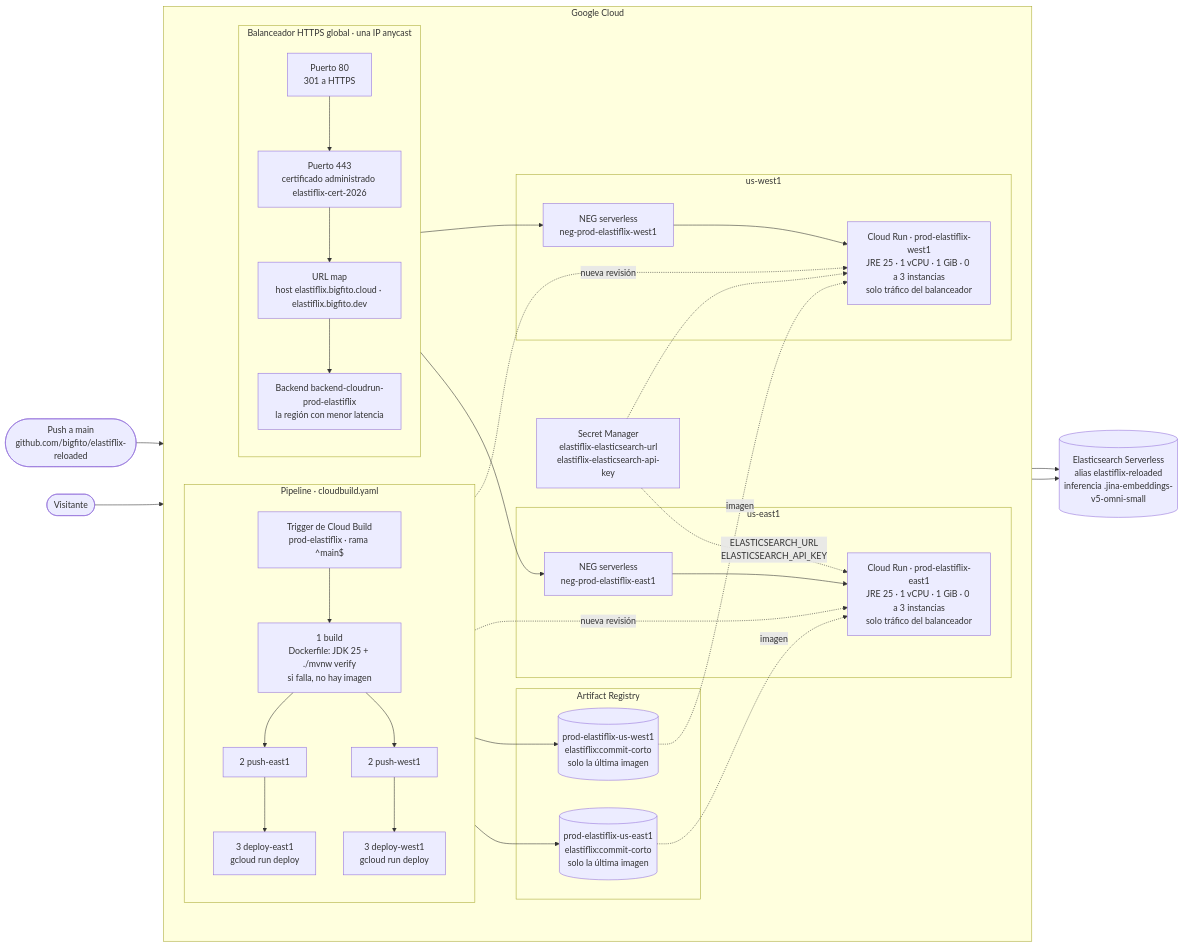
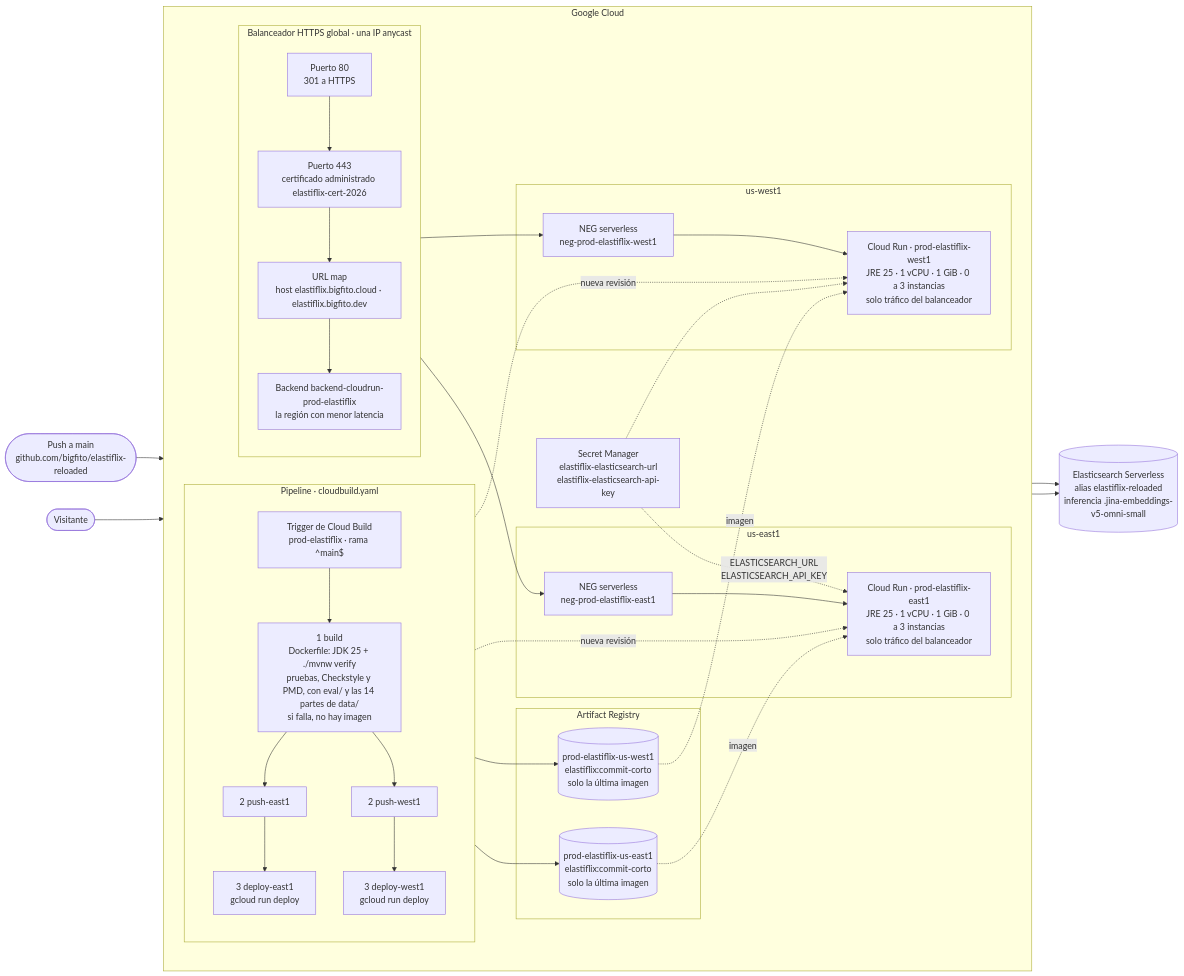
One commit to bigfito/elastiflix-reloaded changed the diagram in docs/despliegue.mermaid. Above: the diagram before and after it, drawn with Mermaid. The commit also changed 41 other files, not shown here.

```diff
--- a/docs/despliegue.mermaid
+++ b/docs/despliegue.mermaid
@@ -1,64 +1,64 @@
 flowchart LR
   dev(["Push a main<br/>github.com/bigfito/elastiflix-reloaded"])
   visitor(["Visitante"])
 
   subgraph gcp["Google Cloud"]
     direction LR
 
     subgraph ci["Pipeline · cloudbuild.yaml"]
       direction TB
       trigger["Trigger de Cloud Build<br/>prod-elastiflix · rama ^main$"]
-      build["1 build<br/>Dockerfile: JDK 25 + ./mvnw verify<br/>si falla, no hay imagen"]
+      build["1 build<br/>Dockerfile: JDK 25 + ./mvnw verify<br/>pruebas, Checkstyle y PMD, con eval/ y las 14 partes de data/<br/>si falla, no hay imagen"]
       pushe["2 push-east1"]
       pushw["2 push-west1"]
       depe["3 deploy-east1<br/>gcloud run deploy"]
       depw["3 deploy-west1<br/>gcloud run deploy"]
       trigger --> build
       build --> pushe --> depe
       build --> pushw --> depw
     end
 
     subgraph registry["Artifact Registry"]
       are[("prod-elastiflix-us-east1<br/>elastiflix:commit-corto<br/>solo la última imagen")]
       arw[("prod-elastiflix-us-west1<br/>elastiflix:commit-corto<br/>solo la última imagen")]
     end
 
     subgraph lb["Balanceador HTTPS global · una IP anycast"]
       direction TB
       http["Puerto 80<br/>301 a HTTPS"]
       https["Puerto 443<br/>certificado administrado elastiflix-cert-2026"]
       urlmap["URL map<br/>host elastiflix.bigfito.cloud · elastiflix.bigfito.dev"]
       backend["Backend backend-cloudrun-prod-elastiflix<br/>la región con menor latencia"]
       http --> https --> urlmap --> backend
     end
 
     subgraph east["us-east1"]
       nege["NEG serverless<br/>neg-prod-elastiflix-east1"]
       cre["Cloud Run · prod-elastiflix-east1<br/>JRE 25 · 1 vCPU · 1 GiB · 0 a 3 instancias<br/>solo tráfico del balanceador"]
     end
 
     subgraph west["us-west1"]
       negw["NEG serverless<br/>neg-prod-elastiflix-west1"]
       crw["Cloud Run · prod-elastiflix-west1<br/>JRE 25 · 1 vCPU · 1 GiB · 0 a 3 instancias<br/>solo tráfico del balanceador"]
     end
 
     secrets["Secret Manager<br/>elastiflix-elasticsearch-url<br/>elastiflix-elasticsearch-api-key"]
   end
 
   es[("Elasticsearch Serverless<br/>alias elastiflix-reloaded<br/>inferencia .jina-embeddings-v5-omni-small")]
 
   dev --> trigger
   pushe --> are
   pushw --> arw
   depe -.->|"nueva revisión"| cre
   depw -.->|"nueva revisión"| crw
   are -.->|"imagen"| cre
   arw -.->|"imagen"| crw
 
   visitor --> http
   backend --> nege --> cre
   backend --> negw --> crw
   secrets -.->|"ELASTICSEARCH_URL<br/>ELASTICSEARCH_API_KEY"| cre
   secrets -.-> crw
   cre --> es
   crw --> es
```
